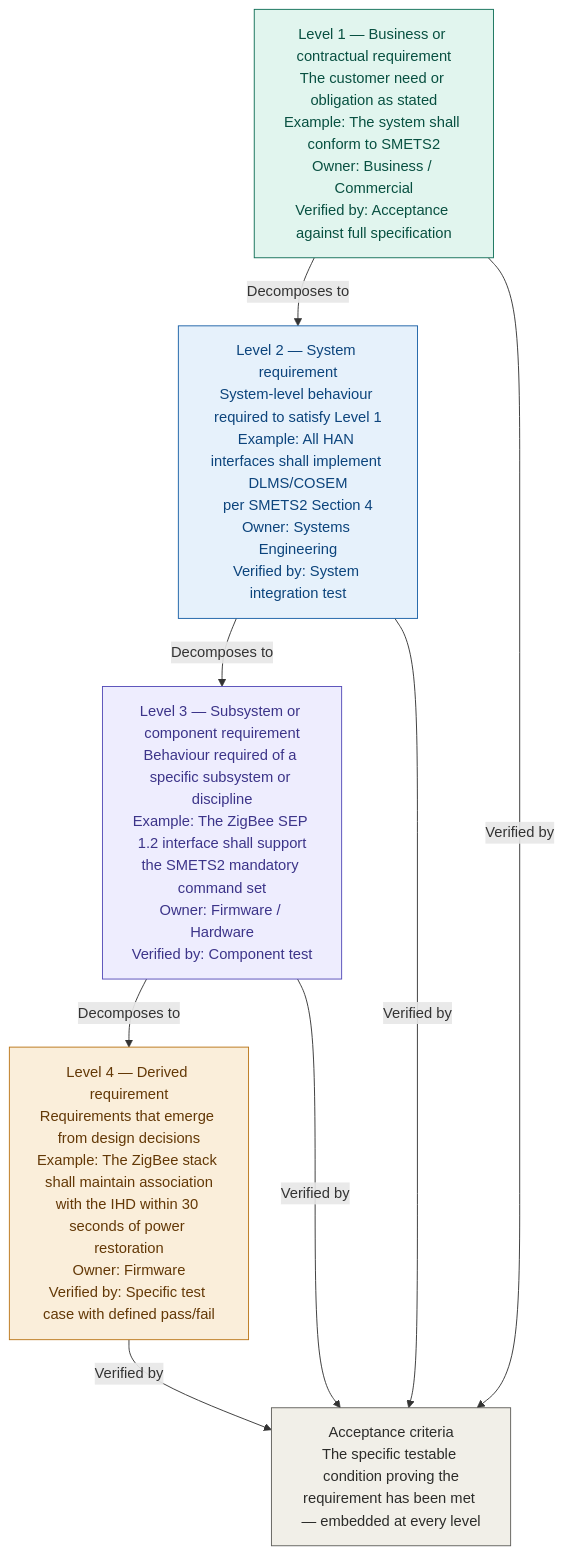
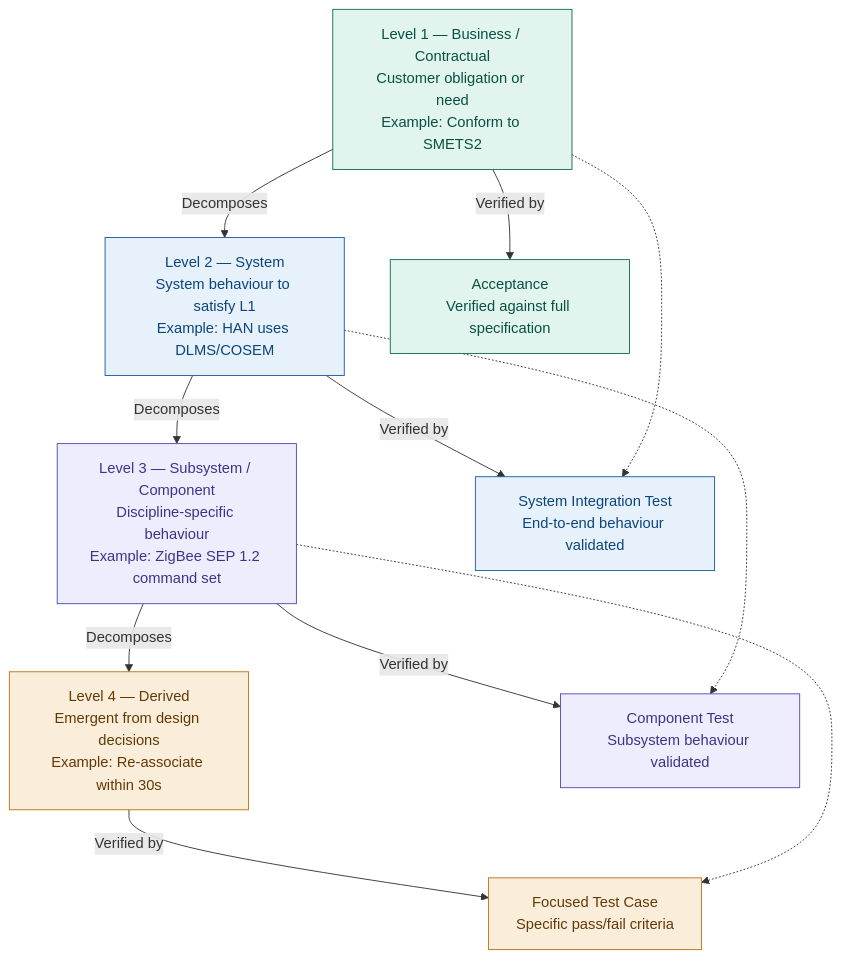
Before and after one commit to markbac/docs-WoW: the diagram in docs/ways-of-working/firmitas2/07_part_2/chapters/11_requirements.md, drawn with Mermaid. The commit also changed other lines of this file and 30 other files, not shown here.

````diff
--- a/docs/ways-of-working/firmitas2/07_part_2/chapters/11_requirements.md
+++ b/docs/ways-of-working/firmitas2/07_part_2/chapters/11_requirements.md
@@ -92,22 +85,39 @@
 ```mermaid
 flowchart TD
-    L1["Level 1 — Business or contractual requirement\nThe customer need or obligation as stated\nExample: The system shall conform to SMETS2\nOwner: Business / Commercial\nVerified by: Acceptance against full specification"]
-    L2["Level 2 — System requirement\nSystem-level behaviour required to satisfy Level 1\nExample: All HAN interfaces shall implement DLMS/COSEM\nper SMETS2 Section 4\nOwner: Systems Engineering\nVerified by: System integration test"]
-    L3["Level 3 — Subsystem or component requirement\nBehaviour required of a specific subsystem or discipline\nExample: The ZigBee SEP 1.2 interface shall support\nthe SMETS2 mandatory command set\nOwner: Firmware / Hardware\nVerified by: Component test"]
-    L4["Level 4 — Derived requirement\nRequirements that emerge from design decisions\nExample: The ZigBee stack shall maintain association\nwith the IHD within 30 seconds of power restoration\nOwner: Firmware\nVerified by: Specific test case with defined pass/fail"]
-    AC["Acceptance criteria\nThe specific testable condition proving the\nrequirement has been met — embedded at every level"]
+    %% Left side — definition
+    L1["Level 1 — Business / Contractual<br>Customer obligation or need<br>Example: Conform to SMETS2"]
+    L2["Level 2 — System<br>System behaviour to satisfy L1<br>Example: HAN uses DLMS/COSEM"]
+    L3["Level 3 — Subsystem / Component<br>Discipline-specific behaviour<br>Example: ZigBee SEP 1.2 command set"]
+    L4["Level 4 — Derived<br>Emergent from design decisions<br>Example: Re-associate within 30s"]
 
-    L1 -->|Decomposes to| L2
-    L2 -->|Decomposes to| L3
-    L3 -->|Decomposes to| L4
-    L4 -->|Verified by| AC
-    L3 -->|Verified by| AC
-    L2 -->|Verified by| AC
-    L1 -->|Verified by| AC
+    %% Right side — verification
+    V1["Acceptance<br>Verified against full specification"]
+    V2["System Integration Test<br>End-to-end behaviour validated"]
+    V3["Component Test<br>Subsystem behaviour validated"]
+    V4["Focused Test Case<br>Specific pass/fail criteria"]
 
+    %% Decomposition (down)
+    L1 -->|Decomposes| L2 -->|Decomposes| L3 -->|Decomposes| L4
+
+    %% Verification (up the V)
+    L4 -->|Verified by| V4
+    L3 -->|Verified by| V3
+    L2 -->|Verified by| V2
+    L1 -->|Verified by| V1
+
+    %% Traceability (diagonal intent)
+    L1 -.-> V2
+    L2 -.-> V3
+    L3 -.-> V4
+
+    %% Styling
     style L1 fill:#E1F5EE,stroke:#0F6E56,color:#085041
     style L2 fill:#E6F1FB,stroke:#185FA5,color:#0C447C
     style L3 fill:#EEEDFE,stroke:#534AB7,color:#3C3489
     style L4 fill:#FAEEDA,stroke:#BA7517,color:#633806
-    style AC fill:#F1EFE8,stroke:#5F5E5A,color:#2C2C2A
+
+    style V1 fill:#E1F5EE,stroke:#0F6E56,color:#085041
+    style V2 fill:#E6F1FB,stroke:#185FA5,color:#0C447C
+    style V3 fill:#EEEDFE,stroke:#534AB7,color:#3C3489
+    style V4 fill:#FAEEDA,stroke:#BA7517,color:#633806
 ```
````
